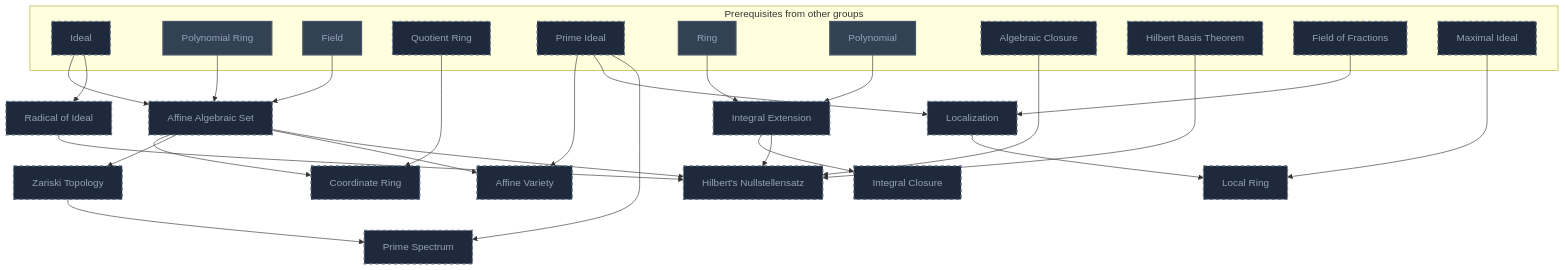
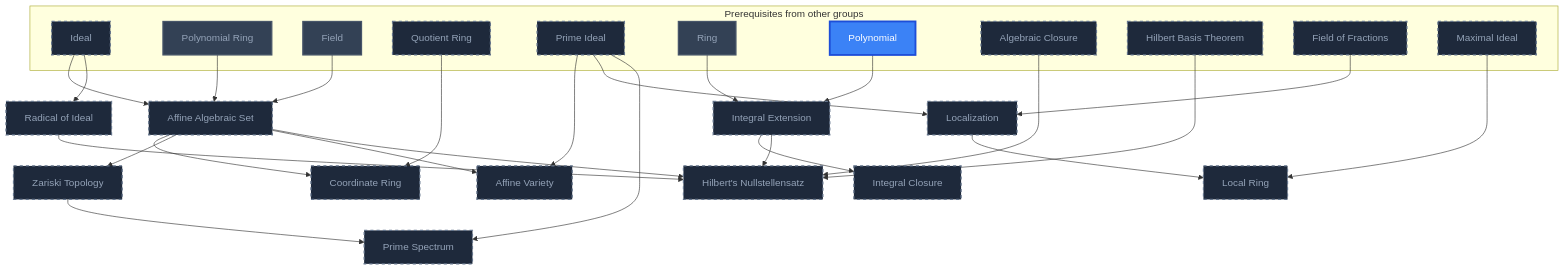
Before and after one commit to MRauf1/My-Notes: diagram 16 of 20 in Gamification/Skill Trees/Abstract Algebra.md, drawn with Mermaid. The commit also changed other lines of this file and 156 other files, not shown here.

````diff
--- a/Gamification/Skill Trees/Abstract Algebra.md
+++ b/Gamification/Skill Trees/Abstract Algebra.md
@@ -1073,62 +1083,63 @@
 ```mermaid
 flowchart TD
     classDef planned fill:#1E293B,stroke:#64748B,stroke-width:2px,stroke-dasharray:5 5,color:#94A3B8;
     classDef locked fill:#334155,stroke:#475569,stroke-width:2px,color:#94A3B8;
     classDef L0 fill:#F1F5F9,stroke:#94A3B8,stroke-width:2px,color:#000000;
     classDef L1 fill:#22C55E,stroke:#15803D,stroke-width:2px,color:#000000;
     classDef L2 fill:#3B82F6,stroke:#1D4ED8,stroke-width:3px,color:#FFFFFF;
     classDef L3 fill:#A855F7,stroke:#6B21A8,stroke-width:3px,color:#FFFFFF,font-weight:bold;
     classDef L4 fill:#F97316,stroke:#C2410C,stroke-width:4px,color:#000000,font-weight:bold;
     classDef L5 fill:#FFD700,stroke:#FF8C00,stroke-width:5px,color:#000000,font-weight:bold;
     classDef rusty stroke:#8B4513,stroke-width:4px,stroke-dasharray:3 3;
     subgraph sg_prereqs["Prerequisites from other groups"]
         n_ideal["Ideal"]
         n_polynomial_ring["Polynomial Ring"]
         n_field["Field"]
         n_quotient_ring["Quotient Ring"]
         n_prime_ideal["Prime Ideal"]
         n_ring["Ring"]
         n_polynomial["Polynomial"]
         n_algebraic_closure["Algebraic Closure"]
         n_hilbert_basis_theorem["Hilbert Basis Theorem"]
         n_field_of_fractions["Field of Fractions"]
         n_maximal_ideal["Maximal Ideal"]
     end
     n_affine_algebraic_set["Affine Algebraic Set"]
     n_coordinate_ring["Coordinate Ring"]
     n_zariski_topology["Zariski Topology"]
     n_radical_of_ideal["Radical of Ideal"]
     n_affine_variety["Affine Variety"]
     n_integral_extension["Integral Extension"]
     n_integral_closure["Integral Closure"]
     n_hilbert_s_nullstellensatz["Hilbert's Nullstellensatz"]
     n_localization["Localization"]
     n_local_ring["Local Ring"]
     n_prime_spectrum["Prime Spectrum"]
     n_ideal --> n_affine_algebraic_set
     n_polynomial_ring --> n_affine_algebraic_set
     n_field --> n_affine_algebraic_set
     n_affine_algebraic_set --> n_coordinate_ring
     n_quotient_ring --> n_coordinate_ring
     n_affine_algebraic_set --> n_zariski_topology
     n_ideal --> n_radical_of_ideal
     n_affine_algebraic_set --> n_affine_variety
     n_prime_ideal --> n_affine_variety
     n_ring --> n_integral_extension
     n_polynomial --> n_integral_extension
     n_integral_extension --> n_integral_closure
     n_radical_of_ideal --> n_hilbert_s_nullstellensatz
     n_affine_algebraic_set --> n_hilbert_s_nullstellensatz
     n_integral_extension --> n_hilbert_s_nullstellensatz
     n_algebraic_closure --> n_hilbert_s_nullstellensatz
     n_hilbert_basis_theorem --> n_hilbert_s_nullstellensatz
     n_field_of_fractions --> n_localization
     n_prime_ideal --> n_localization
     n_localization --> n_local_ring
     n_maximal_ideal --> n_local_ring
     n_prime_ideal --> n_prime_spectrum
     n_zariski_topology --> n_prime_spectrum
     class n_ideal,n_quotient_ring,n_prime_ideal,n_algebraic_closure,n_hilbert_basis_theorem,n_field_of_fractions,n_maximal_ideal,n_affine_algebraic_set,n_coordinate_ring,n_zariski_topology,n_radical_of_ideal,n_affine_variety,n_integral_extension,n_integral_closure,n_hilbert_s_nullstellensatz,n_localization,n_local_ring,n_prime_spectrum planned;
-    class n_polynomial_ring,n_field,n_ring,n_polynomial locked;
+    class n_polynomial_ring,n_field,n_ring locked;
+    class n_polynomial L2;
     class n_polynomial_ring,n_field,n_ring,n_polynomial internal-link;
 ```
````
